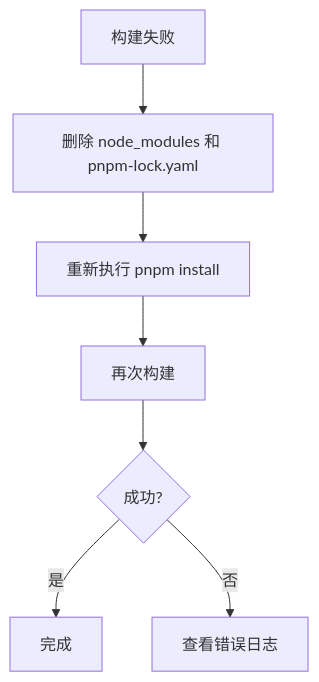
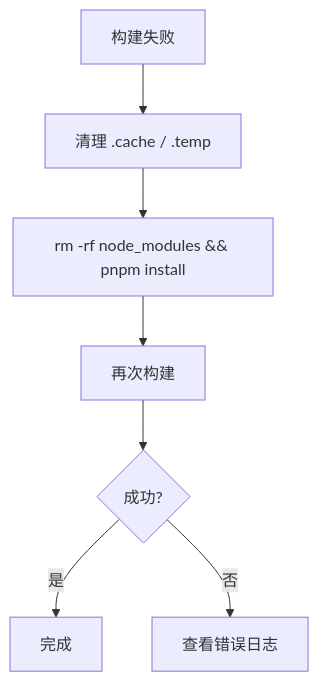
Before and after one commit to zhaofutao04/zblog: the second of 2 diagrams in docs/_posts/blog-usage-guide.md, drawn with Mermaid. The commit also changed other lines of this file and 38 other files, not shown here.

````diff
--- a/docs/_posts/blog-usage-guide.md
+++ b/docs/_posts/blog-usage-guide.md
@@ -156,9 +162,9 @@
 ```mermaid
 flowchart TB
-    A["构建失败"] --> B["删除 node_modules 和 pnpm-lock.yaml"]
-    B --> C["重新执行 pnpm install"]
+    A["构建失败"] --> B["清理 .cache / .temp"]
+    B --> C["rm -rf node_modules && pnpm install"]
     C --> D["再次构建"]
     D --> E{"成功?"}
     E -->|"是"| F["完成"]
     E -->|"否"| G["查看错误日志"]
 ```
````
